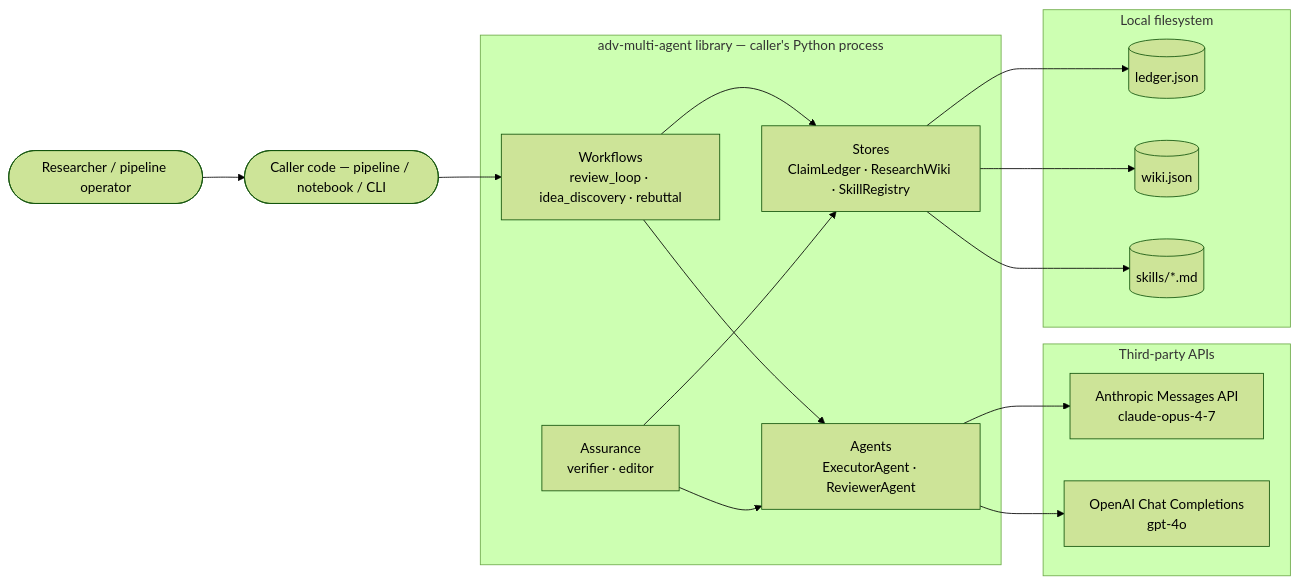
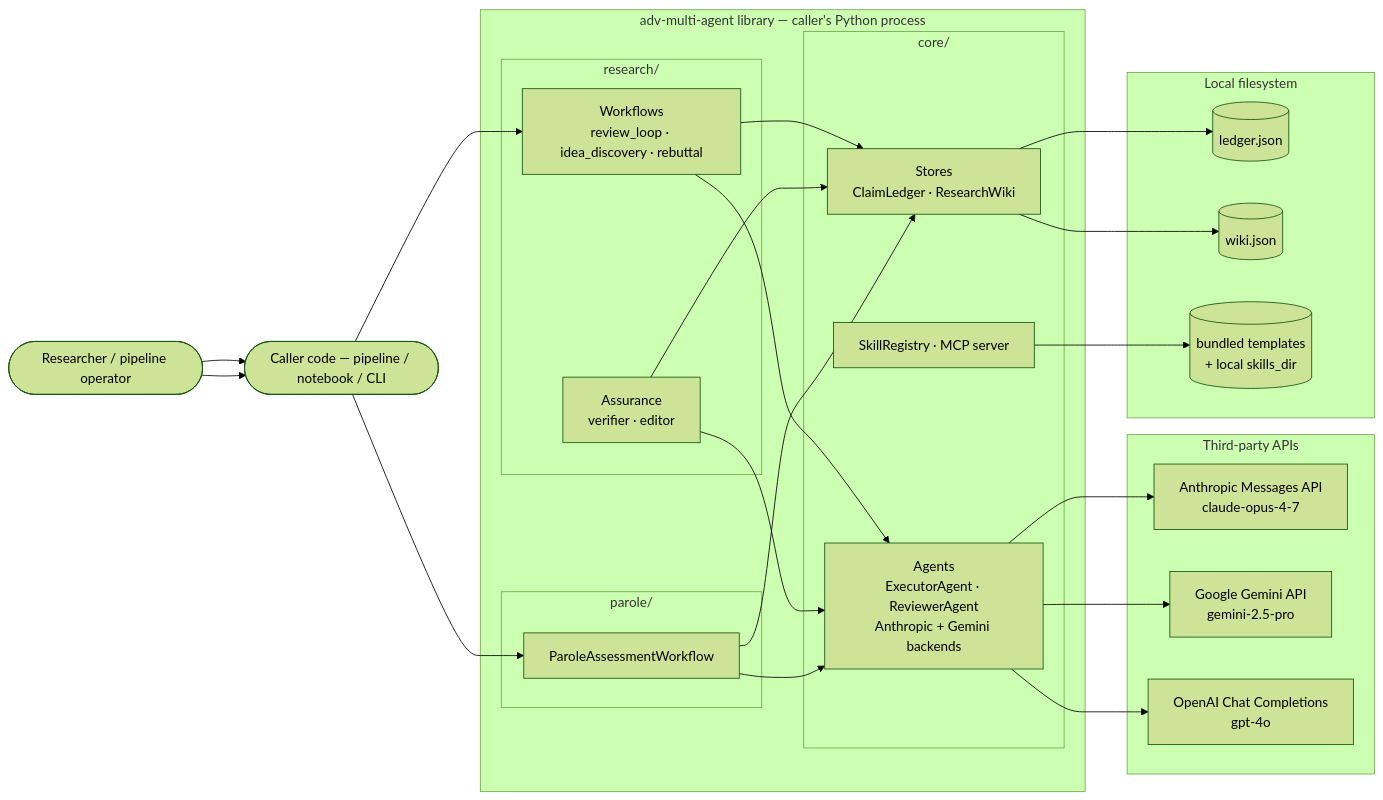
The first of 6 diagrams in docs/architecture.md (gmanch94/adversarial-multi-agent-lib), drawn with Mermaid (forest theme) before and after one commit. The commit also changed other lines of this file and 8 other files, not shown here.

First line of the commit message:
docs: refresh all docs for domain restructure and parole use case

````diff
--- a/docs/architecture.md
+++ b/docs/architecture.md
@@ -36,34 +36,47 @@
 ```mermaid
 flowchart LR
     Researcher([Researcher / pipeline operator])
     Caller([Caller code — pipeline / notebook / CLI])
 
     subgraph Lib["adv-multi-agent library — caller's Python process"]
-        Workflows[Workflows<br/>review_loop · idea_discovery · rebuttal]
-        Assurance[Assurance<br/>verifier · editor]
-        Agents[Agents<br/>ExecutorAgent · ReviewerAgent]
-        Stores[Stores<br/>ClaimLedger · ResearchWiki · SkillRegistry]
+        subgraph Core["core/"]
+            Agents[Agents<br/>ExecutorAgent · ReviewerAgent<br/>Anthropic + Gemini backends]
+            Stores[Stores<br/>ClaimLedger · ResearchWiki]
+            SkillsMcp[SkillRegistry · MCP server]
+        end
+        subgraph Research["research/"]
+            Workflows[Workflows<br/>review_loop · idea_discovery · rebuttal]
+            Assurance[Assurance<br/>verifier · editor]
+        end
+        subgraph ParoleDomain["parole/"]
+            ParoleWf[ParoleAssessmentWorkflow]
+        end
         Workflows --> Agents
         Workflows --> Stores
         Assurance --> Agents
         Assurance --> Stores
+        ParoleWf --> Agents
+        ParoleWf --> Stores
     end
 
     subgraph Third["Third-party APIs"]
         Anthropic[Anthropic Messages API<br/>claude-opus-4-7]
+        Gemini[Google Gemini API<br/>gemini-2.5-pro]
         OpenAI[OpenAI Chat Completions<br/>gpt-4o]
     end
 
     subgraph FS["Local filesystem"]
         Ledger[(ledger.json)]
         Wiki[(wiki.json)]
-        Skills[(skills/*.md)]
+        Skills[(bundled templates<br/>+ local skills_dir)]
     end
 
     Researcher --> Caller --> Workflows
+    Researcher --> Caller --> ParoleWf
     Agents --> Anthropic
+    Agents --> Gemini
     Agents --> OpenAI
     Stores --> Ledger
     Stores --> Wiki
-    Stores --> Skills
+    SkillsMcp --> Skills
 ```
````
